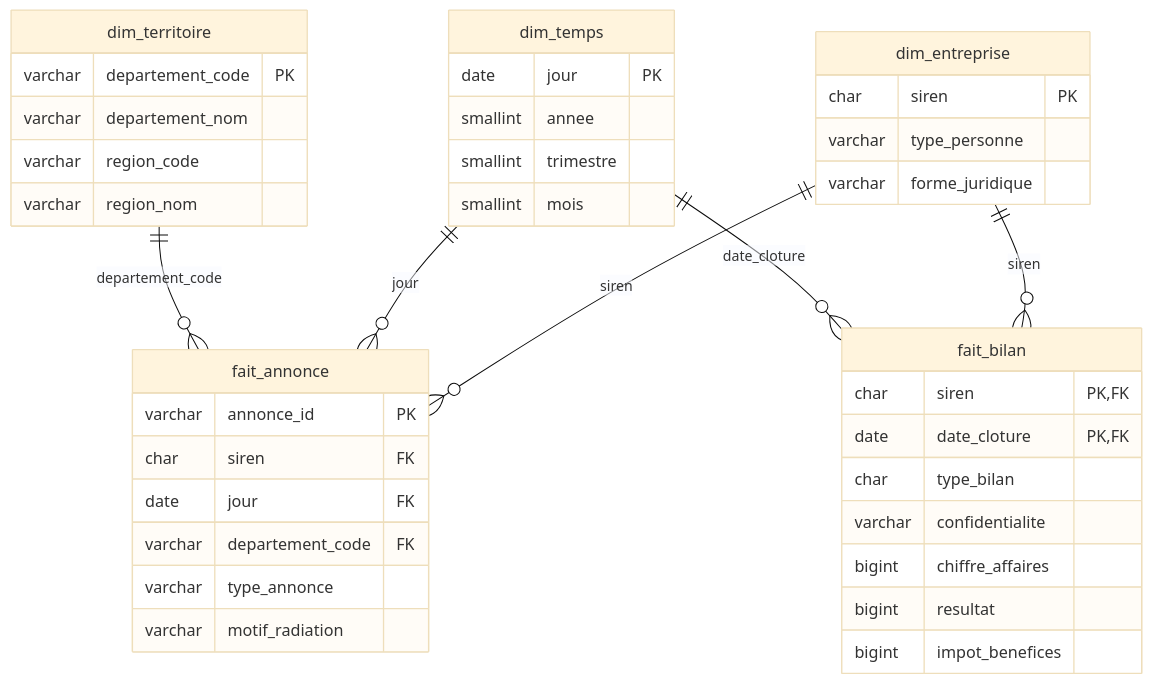
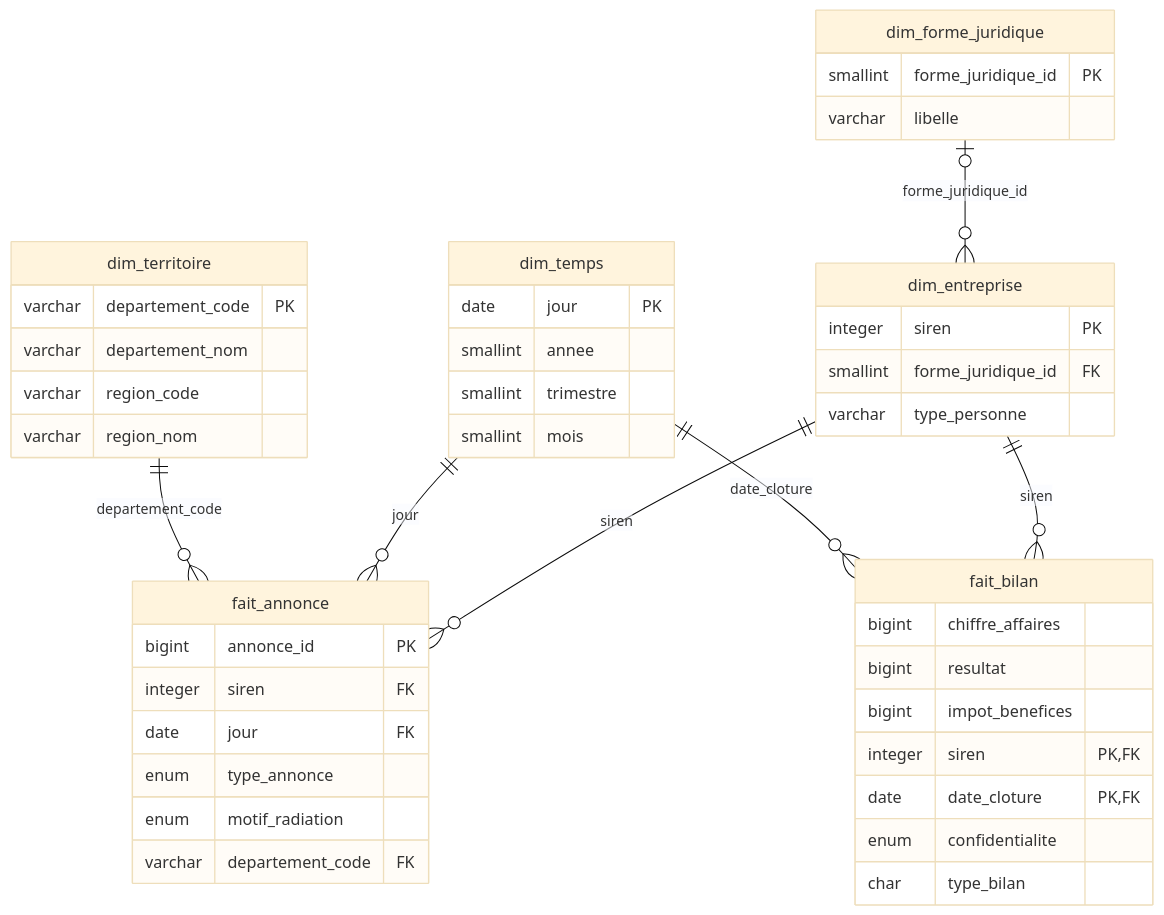
One commit to benoit73/Processus-decisionnel-et-modeles-de-donnees changed the fifth of 5 diagrams in exercice-3/README.md. Above: the diagram before and after it, drawn with Mermaid (base theme). The commit also changed other lines of this file and 12 other files, not shown here.

````diff
--- a/exercice-3/README.md
+++ b/exercice-3/README.md
@@ -203,43 +242,48 @@
 ```mermaid
 erDiagram
     dim_entreprise ||--o{ fait_annonce : siren
     dim_entreprise ||--o{ fait_bilan : siren
     dim_temps ||--o{ fait_annonce : jour
     dim_temps ||--o{ fait_bilan : date_cloture
     dim_territoire ||--o{ fait_annonce : departement_code
+    dim_forme_juridique |o--o{ dim_entreprise : forme_juridique_id
 
     dim_temps {
         date jour PK
         smallint annee
         smallint trimestre
         smallint mois
     }
     dim_territoire {
         varchar departement_code PK
         varchar departement_nom
         varchar region_code
         varchar region_nom
     }
+    dim_forme_juridique {
+        smallint forme_juridique_id PK
+        varchar libelle
+    }
     dim_entreprise {
-        char siren PK
+        integer siren PK
+        smallint forme_juridique_id FK
         varchar type_personne
-        varchar forme_juridique
     }
     fait_annonce {
-        varchar annonce_id PK
-        char siren FK
+        bigint annonce_id PK
+        integer siren FK
         date jour FK
+        enum type_annonce
+        enum motif_radiation
         varchar departement_code FK
-        varchar type_annonce
-        varchar motif_radiation
     }
     fait_bilan {
-        char siren PK, FK
-        date date_cloture PK, FK
-        char type_bilan
-        varchar confidentialite
         bigint chiffre_affaires
         bigint resultat
         bigint impot_benefices
+        integer siren PK, FK
+        date date_cloture PK, FK
+        enum confidentialite
+        char type_bilan
     }
 ```
````
